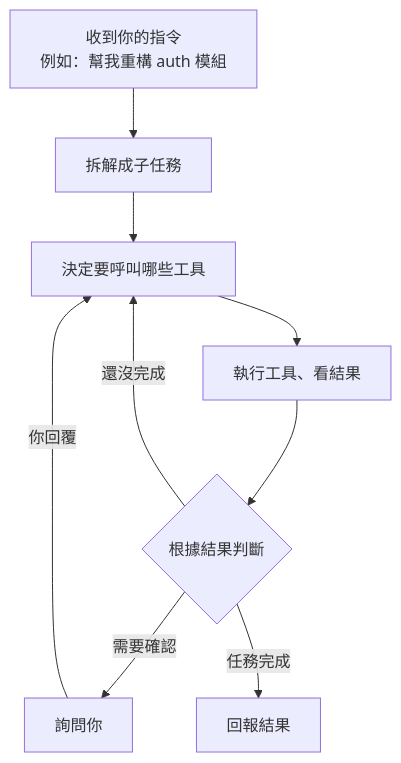
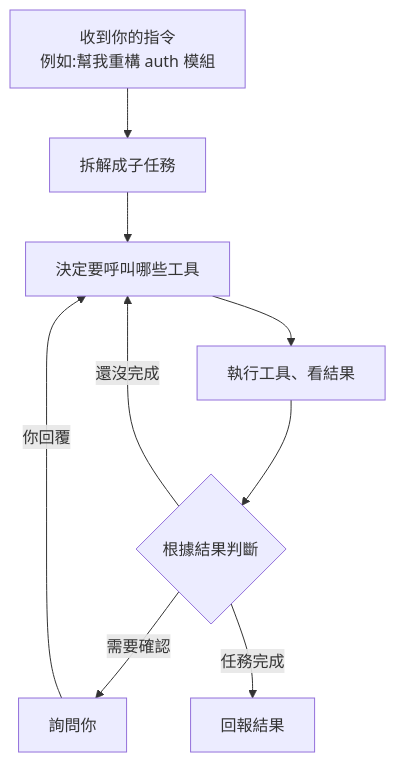
Before and after one commit to deadline314/Lesson3-AI-Tools: the sixth of 47 diagrams in Guide.md, drawn with Mermaid. The commit also changed other lines of this file and 25 other files, not shown here.

````diff
--- a/Guide.md
+++ b/Guide.md
@@ -201,11 +366,11 @@
 ```mermaid
 flowchart TD
-    A["收到你的指令<br/>例如：幫我重構 auth 模組"] --> B["拆解成子任務"]
+    A["收到你的指令<br/>例如:幫我重構 auth 模組"] --> B["拆解成子任務"]
     B --> C["決定要呼叫哪些工具"]
     C --> D["執行工具、看結果"]
     D --> E{"根據結果判斷"}
     E -->|還沒完成| C
     E -->|需要確認| F["詢問你"]
     E -->|任務完成| G["回報結果"]
     F -->|你回覆| C
 ```
````
